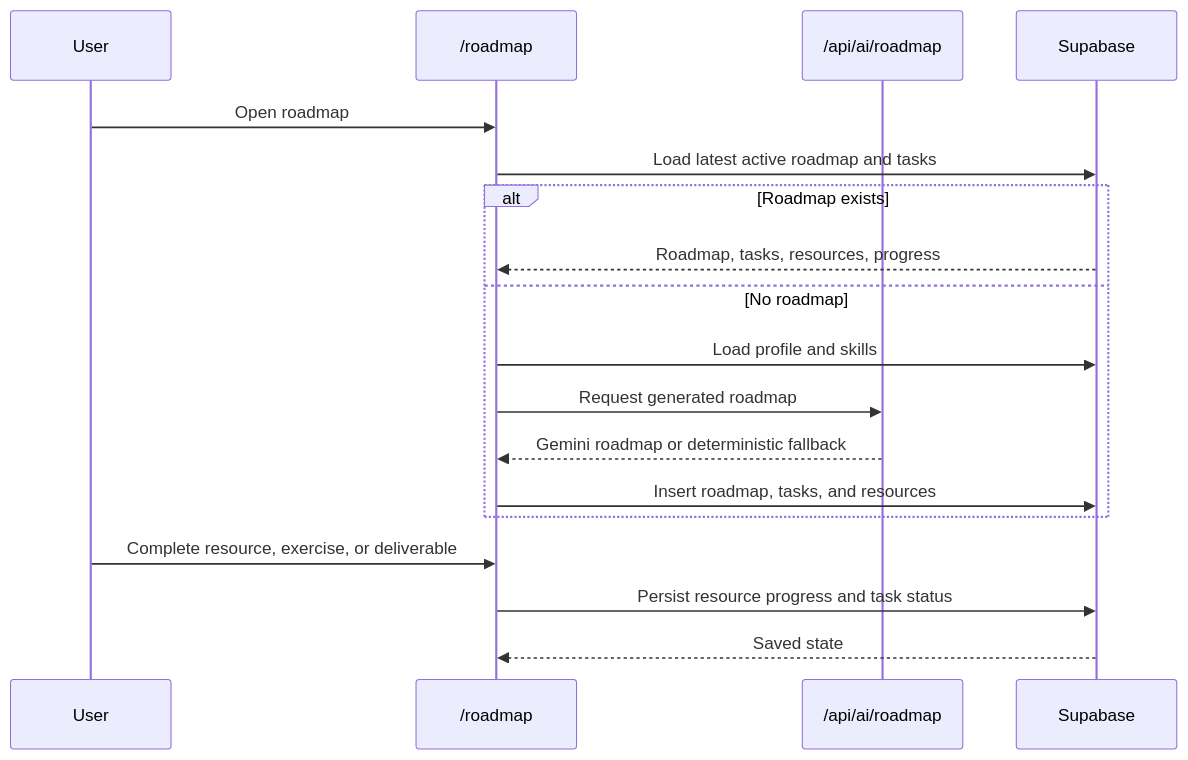
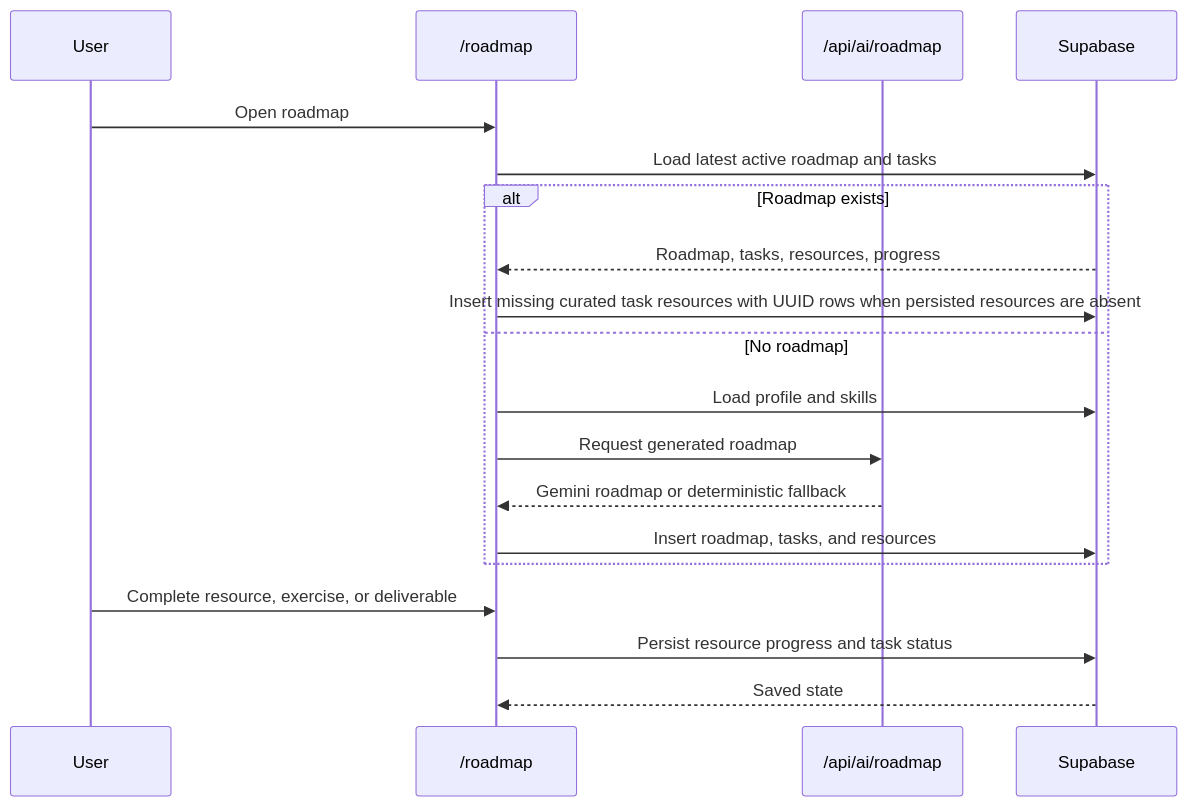
One commit to Sutannn13/Skill-Path-AI changed the sixth of 8 diagrams in docs/flow-overview.md. Above: the diagram before and after it, drawn with Mermaid. The commit also changed other lines of this file and 15 other files, not shown here.

````diff
--- a/docs/flow-overview.md
+++ b/docs/flow-overview.md
@@ -80,21 +81,22 @@
 ```mermaid
 sequenceDiagram
   participant User
   participant Page as /roadmap
   participant API as /api/ai/roadmap
   participant DB as Supabase
 
   User->>Page: Open roadmap
   Page->>DB: Load latest active roadmap and tasks
   alt Roadmap exists
     DB-->>Page: Roadmap, tasks, resources, progress
+    Page->>DB: Insert missing curated task resources with UUID rows when persisted resources are absent
   else No roadmap
     Page->>DB: Load profile and skills
     Page->>API: Request generated roadmap
     API-->>Page: Gemini roadmap or deterministic fallback
     Page->>DB: Insert roadmap, tasks, and resources
   end
   User->>Page: Complete resource, exercise, or deliverable
   Page->>DB: Persist resource progress and task status
   DB-->>Page: Saved state
 ```
````
